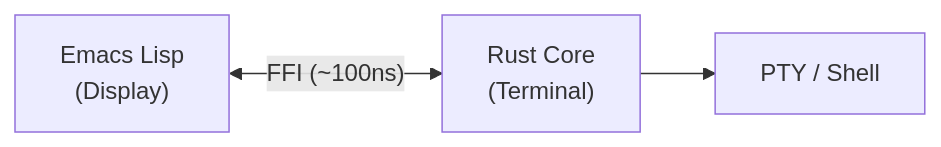
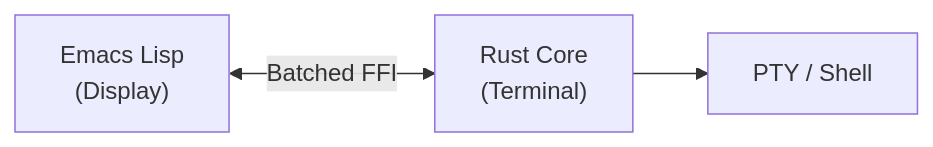
The diagram in README.md (takeokunn/kuro), drawn with Mermaid before and after one commit. The commit also changed other lines of this file and 29 other files, not shown here.

````diff
--- a/README.md
+++ b/README.md
@@ -115,5 +136,5 @@
 ```mermaid
 graph LR
-    A["Emacs Lisp<br/>(Display)"] <-->|"FFI (~100ns)"| B["Rust Core<br/>(Terminal)"]
+    A["Emacs Lisp<br/>(Display)"] <-->|"Batched FFI"| B["Rust Core<br/>(Terminal)"]
     B --> C["PTY / Shell"]
 ```
````
